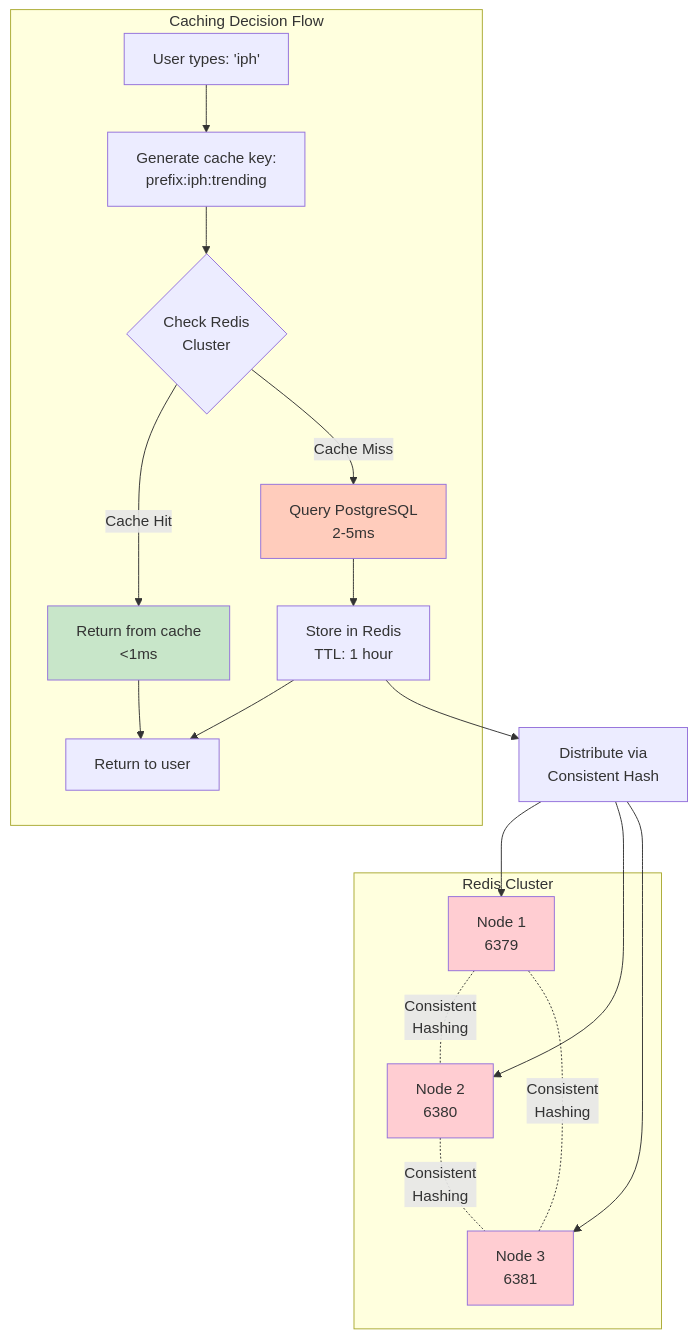
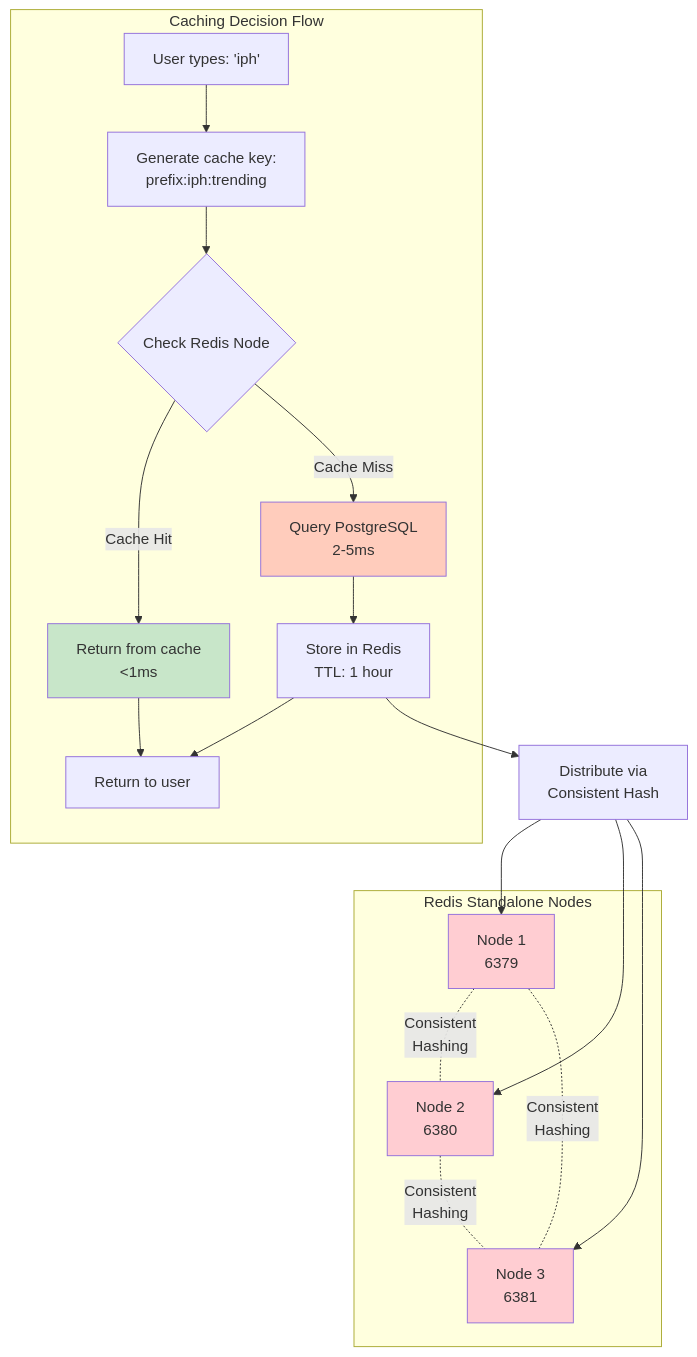
One commit to Avishkar74/Typeahead changed the first of 7 diagrams in docs/CACHING_STRATEGY.md. Above: the diagram before and after it, drawn with Mermaid. The commit also changed other lines of this file and 3 other files, not shown here.

First line of the commit message:
docs: align architecture docs with Spring Boot implementation

````diff
--- a/docs/CACHING_STRATEGY.md
+++ b/docs/CACHING_STRATEGY.md
@@ -21,35 +21,35 @@
 ```mermaid
 graph TB
     subgraph "Caching Decision Flow"
         A["User types: 'iph'"] --> B["Generate cache key:<br/>prefix:iph:trending"]
-        B --> C{"Check Redis<br/>Cluster"}
+        B --> C{"Check Redis Node"}
         
         C -->|Cache Hit| D["Return from cache<br/>&lt;1ms"]
         C -->|Cache Miss| E["Query PostgreSQL<br/>2-5ms"]
         
         E --> F["Store in Redis<br/>TTL: 1 hour"]
         F --> G["Return to user"]
         D --> G
     end
     
-    subgraph "Redis Cluster"
+    subgraph "Redis Standalone Nodes"
         H["Node 1<br/>6379"]
         I["Node 2<br/>6380"]
         J["Node 3<br/>6381"]
         
         H -.Consistent<br/>Hashing.- I
         I -.Consistent<br/>Hashing.- J
         J -.Consistent<br/>Hashing.- H
     end
     
     F --> K["Distribute via<br/>Consistent Hash"]
     K --> H
     K --> I
     K --> J
     
     style D fill:#c8e6c9
     style E fill:#ffccbc
     style H fill:#ffcdd2
     style I fill:#ffcdd2
     style J fill:#ffcdd2
 ```
````
